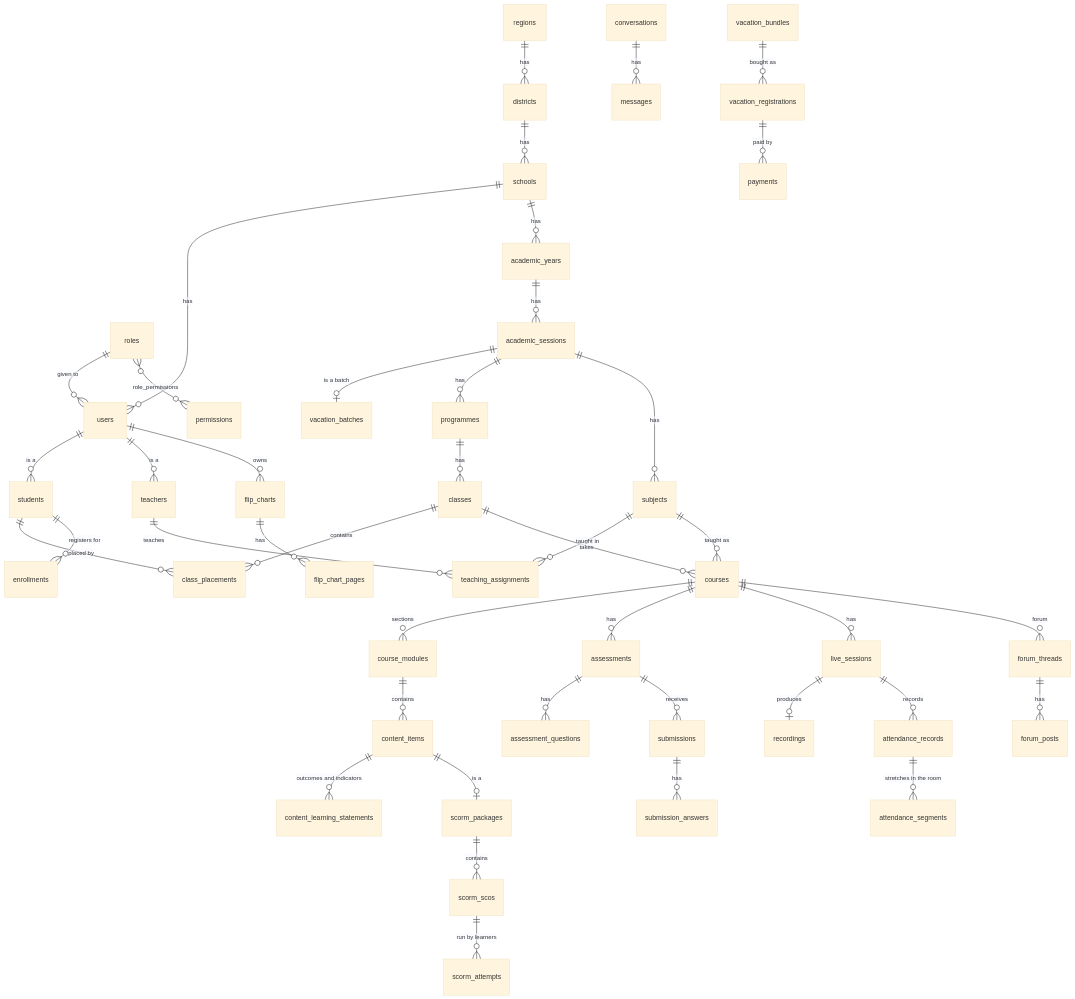
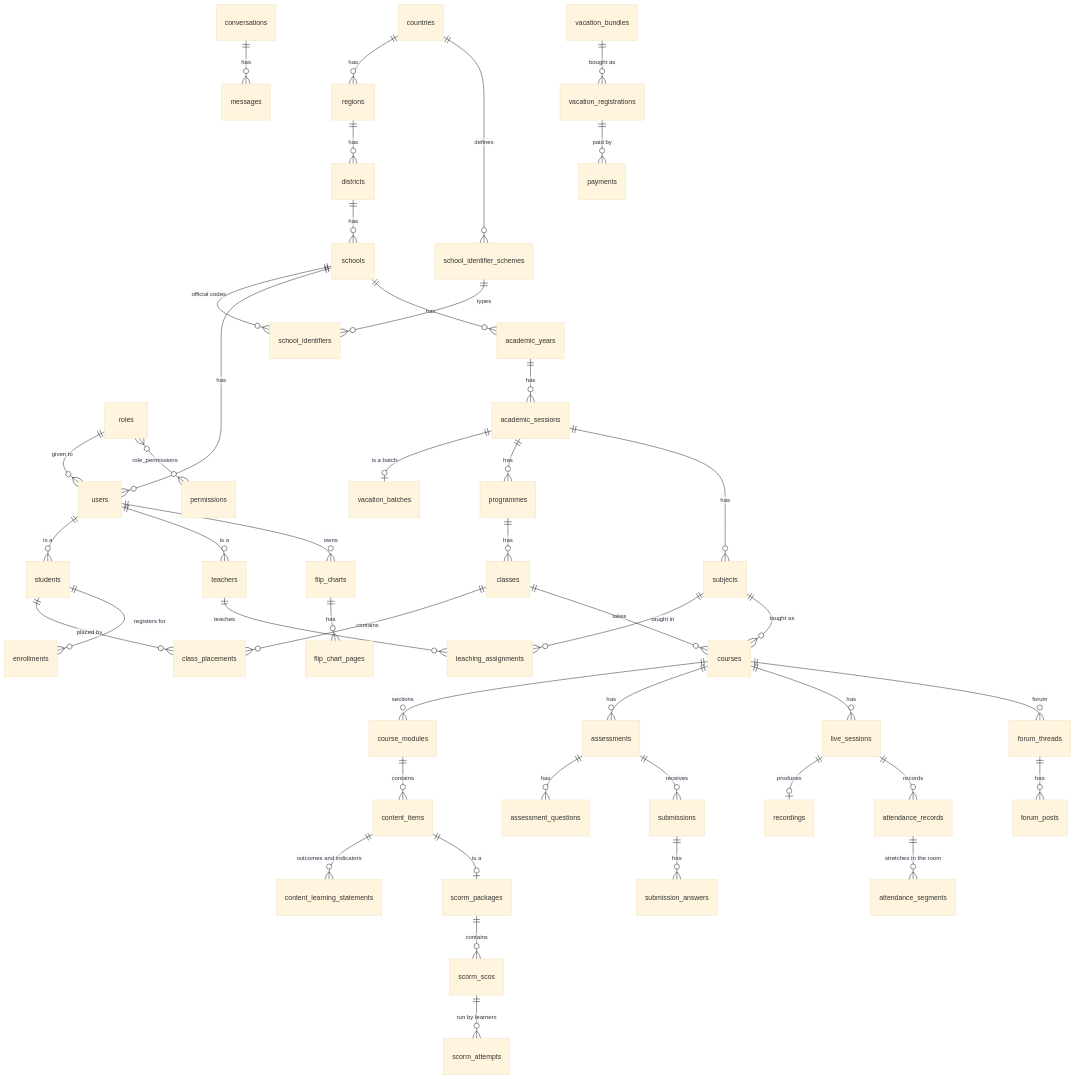
The diagram in database/README.md (Techmawu-Solutions/cp), drawn with Mermaid (base theme) before and after one commit. The commit also changed other lines of this file and 21 other files, not shown here.

````diff
--- a/database/README.md
+++ b/database/README.md
@@ -41,44 +42,48 @@
 ```mermaid
 erDiagram
+  countries ||--o{ regions : has
+  countries ||--o{ school_identifier_schemes : defines
+  schools ||--o{ school_identifiers : "official codes"
+  school_identifier_schemes ||--o{ school_identifiers : types
   regions ||--o{ districts : has
   districts ||--o{ schools : has
   schools ||--o{ users : has
   roles ||--o{ users : "given to"
   roles }o--o{ permissions : role_permissions
   schools ||--o{ academic_years : has
   academic_years ||--o{ academic_sessions : has
   academic_sessions ||--o| vacation_batches : "is a batch"
   academic_sessions ||--o{ programmes : has
   programmes ||--o{ classes : has
   academic_sessions ||--o{ subjects : has
   users ||--o{ students : "is a"
   users ||--o{ teachers : "is a"
   students ||--o{ class_placements : "placed by"
   classes ||--o{ class_placements : contains
   teachers ||--o{ teaching_assignments : teaches
   subjects ||--o{ teaching_assignments : "taught in"
   students ||--o{ enrollments : "registers for"
   subjects ||--o{ courses : "taught as"
   classes ||--o{ courses : takes
   courses ||--o{ course_modules : "sections"
   course_modules ||--o{ content_items : contains
   content_items ||--o{ content_learning_statements : "outcomes and indicators"
   content_items ||--o| scorm_packages : "is a"
   scorm_packages ||--o{ scorm_scos : contains
   scorm_scos ||--o{ scorm_attempts : "run by learners"
   courses ||--o{ assessments : has
   assessments ||--o{ assessment_questions : has
   assessments ||--o{ submissions : receives
   submissions ||--o{ submission_answers : has
   courses ||--o{ live_sessions : has
   live_sessions ||--o| recordings : produces
   live_sessions ||--o{ attendance_records : records
   attendance_records ||--o{ attendance_segments : "stretches in the room"
   courses ||--o{ forum_threads : "forum"
   forum_threads ||--o{ forum_posts : has
   conversations ||--o{ messages : has
   users ||--o{ flip_charts : owns
   flip_charts ||--o{ flip_chart_pages : has
   vacation_bundles ||--o{ vacation_registrations : "bought as"
   vacation_registrations ||--o{ payments : "paid by"
 ```
````
